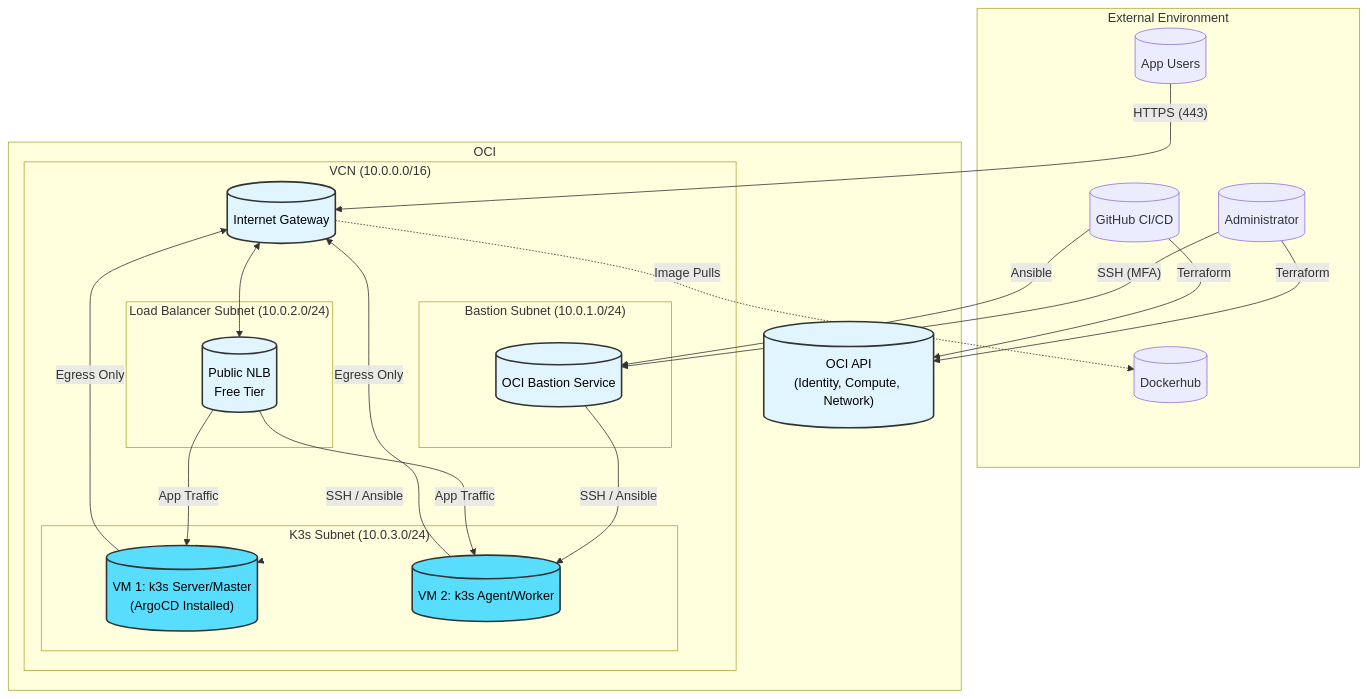
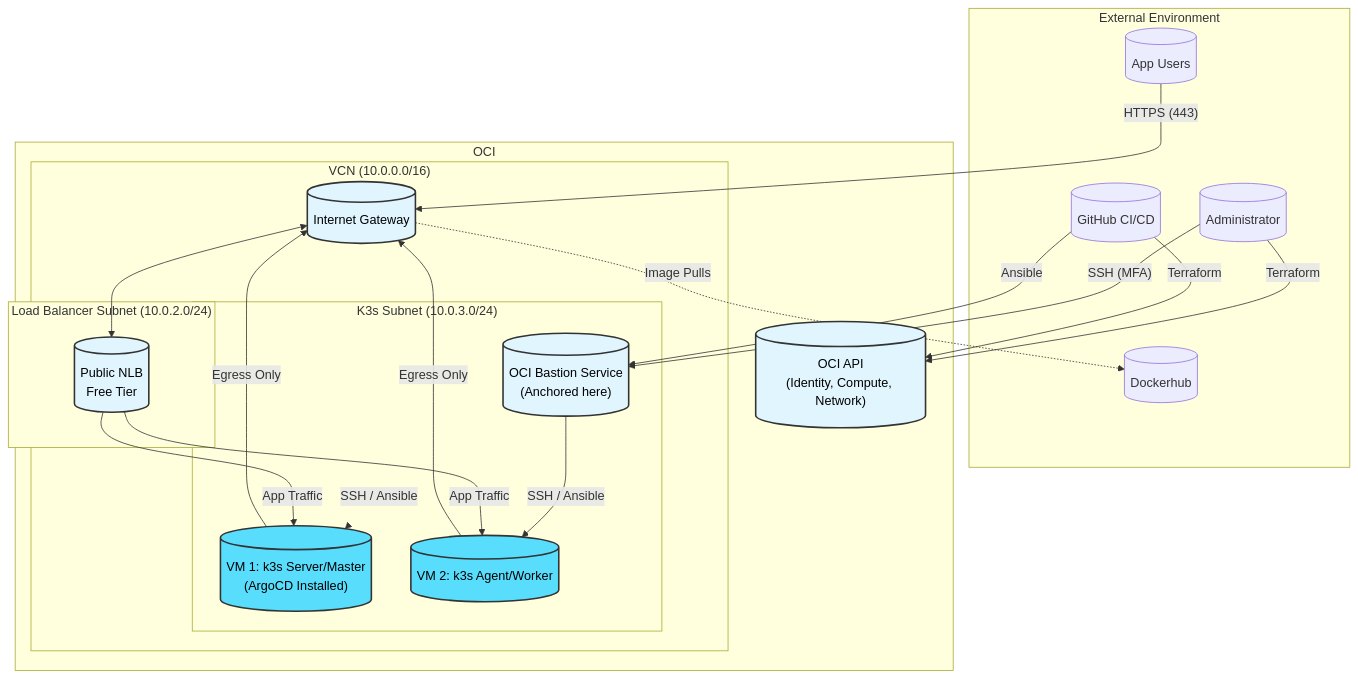
Before and after one commit to VilleJuhan1/Fullstack-websovelluskehitys-osa14-projekti: the diagram in Infrastructure/new_layout.md, drawn with Mermaid. The commit also changed 4 other files, not shown here.

````diff
--- a/Infrastructure/new_layout.md
+++ b/Infrastructure/new_layout.md
@@ -1,76 +1,73 @@
 ```mermaid
 %%{init: {
   "flowchart": {
     "ranksep": 80,
     "nodesep": 100,
     "curve": "basis"
   }
 }}%%
 graph TD
     %% 1. External Environment (Top)
     subgraph "External Environment"
         Users[("App Users")]
         CI[("GitHub CI/CD")]
         Admin[("Administrator")]
         Dockerhub[("Dockerhub")]
     end
 
     %% 2. OCI Tenancy Hierarchy
     subgraph "OCI"
         OCI-API[("OCI API<br/>(Identity, Compute, Network)")]
         
         subgraph "VCN (10.0.0.0/16)"
             IGW[("Internet Gateway")]
 
-            subgraph "Bastion Subnet (10.0.1.0/24)"
-                Bastion[("OCI Bastion Service")]
-            end
-
             subgraph "Load Balancer Subnet (10.0.2.0/24)"
                 LB[("Public NLB<br/>Free Tier")]
             end
 
             subgraph "K3s Subnet (10.0.3.0/24)"
+                Bastion[("OCI Bastion Service<br/>(Anchored here)")]
                 MasterVM[("VM 1: k3s Server/Master<br/>(ArgoCD Installed)")]
                 AgentVM1[("VM 2: k3s Agent/Worker")]
             end        
         end
     end
 
     %% 3. Force Vertical Stacking (Invisible Link)
     OCI-API
 
     %% 4. Connections (Flowing Downward)
     
     %% Management & Deployment
     Admin -- "Terraform" --> OCI-API
     Admin -- "SSH (MFA)" --> Bastion
     CI -- "Terraform" --> OCI-API
     CI -- "Ansible" --> Bastion
     
     %% Bastion Tunnels
     Bastion -- "SSH / Ansible" --> MasterVM
     Bastion -- "SSH / Ansible" --> AgentVM1
     
     %% Application Traffic
     Users -- "HTTPS (443)" --> IGW
     IGW <--> LB
     LB -- "App Traffic" --> MasterVM
     LB -- "App Traffic" --> AgentVM1
 
     %% Egress & Images
     MasterVM -- "Egress Only" --> IGW
     AgentVM1 -- "Egress Only" --> IGW
     IGW -. "Image Pulls" .-> Dockerhub
 
     %% Styling
     classDef public fill:#e1f5fe,stroke:#333,stroke-width:2px,color:#000000;
     classDef private fill:#e8f5e9,stroke:#333,stroke-width:2px,color:#000000;
     classDef vm fill:#58DDFC,stroke:#333,stroke-width:2px,color:#000000;
     
     class LB,Bastion,OCI-API,IGW public;
     class MasterVM,AgentVM1 vm;
     
     %% Hide the layout-enforcement link
     linkStyle 4 stroke-width:0px;
 ```
````
